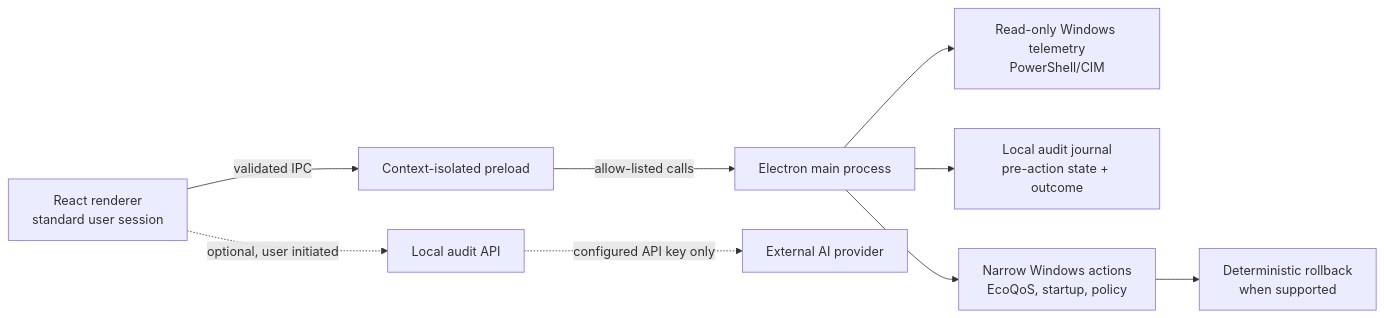
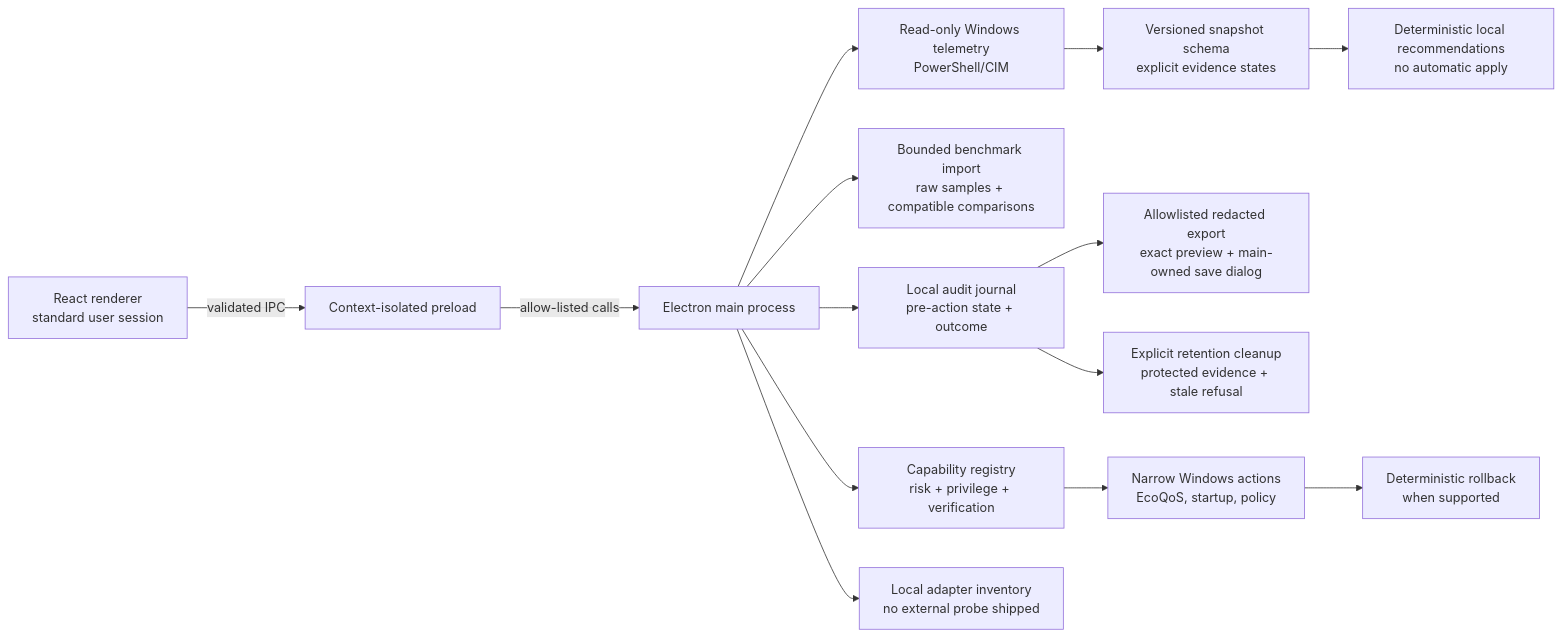
Before and after one commit to ipricetyler-spec/PC-Opti: the diagram in docs/ARCHITECTURE.md, drawn with Mermaid. The commit also changed other lines of this file and 386 other files, not shown here.

First line of the commit message:
Dialed: guided testing, simpler flow, input devices and safety checks

````diff
--- a/docs/ARCHITECTURE.md
+++ b/docs/ARCHITECTURE.md
@@ -5,11 +5,16 @@
 ```mermaid
 flowchart LR
   UI["React renderer\nstandard user session"] -->|"validated IPC"| Preload["Context-isolated preload"]
   Preload -->|"allow-listed calls"| Main["Electron main process"]
   Main --> Scan["Read-only Windows telemetry\nPowerShell/CIM"]
+  Scan --> Schema["Versioned snapshot schema\nexplicit evidence states"]
+  Schema --> Rules["Deterministic local recommendations\nno automatic apply"]
+  Main --> Benchmarks["Bounded benchmark import\nraw samples + compatible comparisons"]
   Main --> Journal["Local audit journal\npre-action state + outcome"]
-  Main --> Actions["Narrow Windows actions\nEcoQoS, startup, policy"]
+  Journal --> Export["Allowlisted redacted export\nexact preview + main-owned save dialog"]
+  Journal --> Retention["Explicit retention cleanup\nprotected evidence + stale refusal"]
+  Main --> Registry["Capability registry\nrisk + privilege + verification"]
+  Registry --> Actions["Narrow Windows actions\nEcoQoS, startup, policy"]
   Actions --> Restore["Deterministic rollback\nwhen supported"]
-  UI -. optional, user initiated .-> Audit["Local audit API"]
-  Audit -. configured API key only .-> Model["External AI provider"]
+  Main --> Network["Local adapter inventory\nno external probe shipped"]
 ```
````
